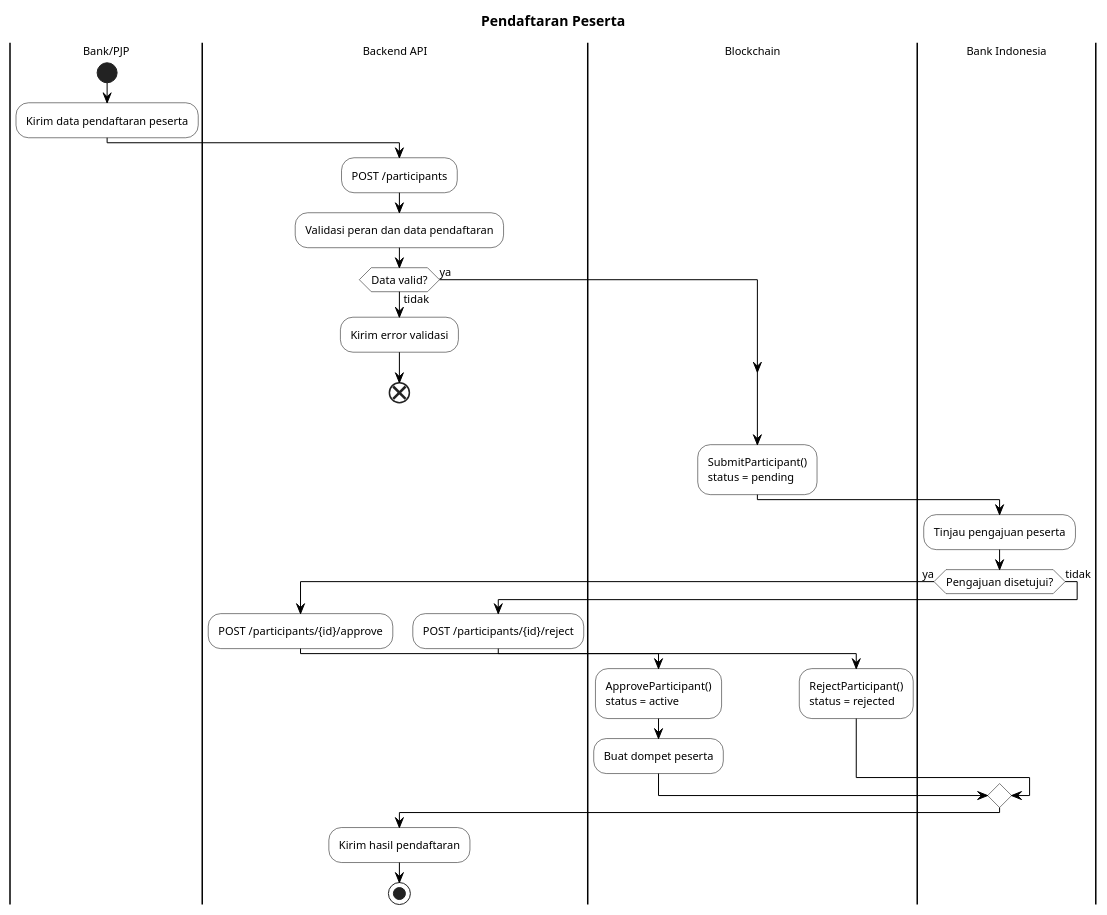
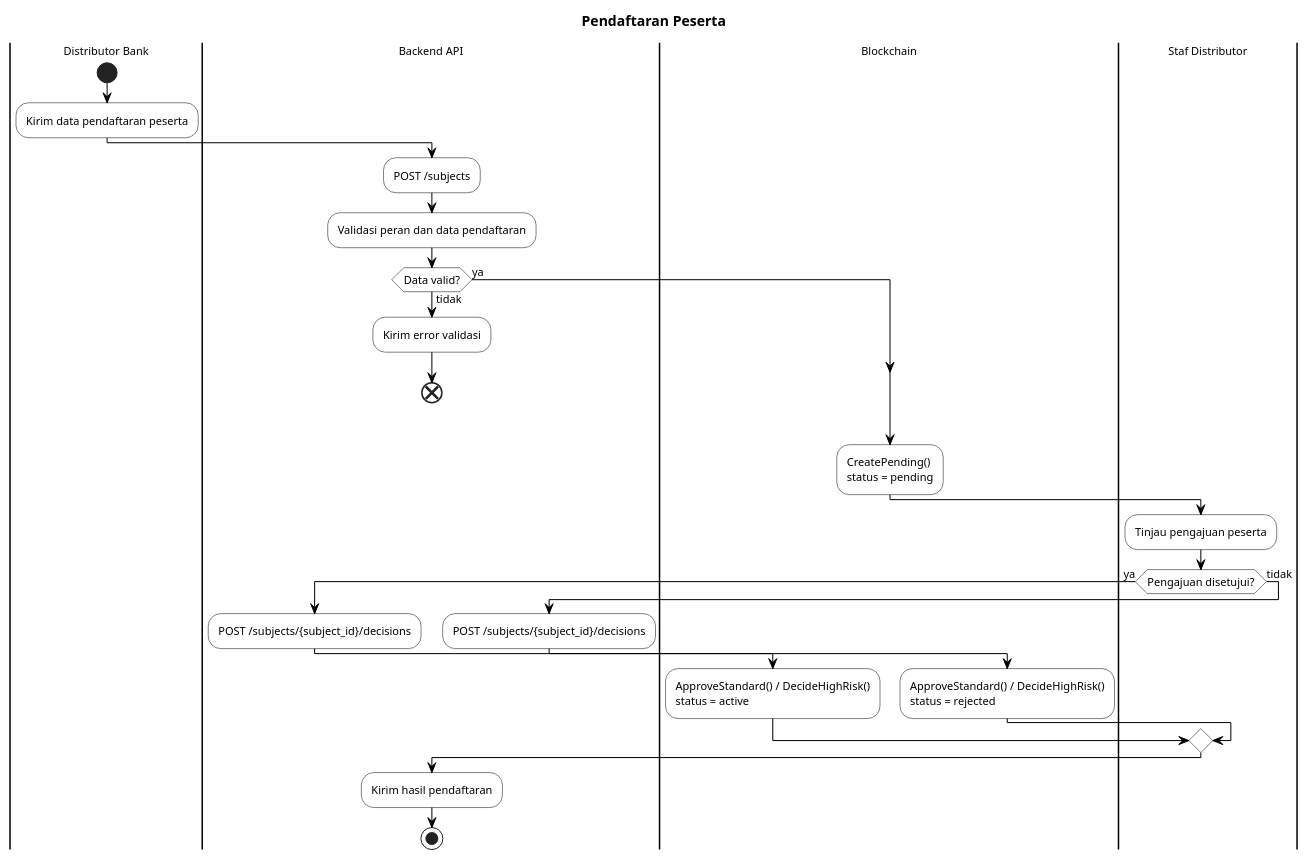
One commit to mfachrizalg/bi-coin changed the first of 7 diagrams in bi-coin-fabric/docs/diagrams/plantuml/activity-diagrams.puml. Above: the diagram before and after it, drawn with PlantUML. The commit also changed other lines of this file and 364 other files, not shown here.

```diff
--- a/bi-coin-fabric/docs/diagrams/plantuml/activity-diagrams.puml
+++ b/bi-coin-fabric/docs/diagrams/plantuml/activity-diagrams.puml
@@ -1,54 +1,53 @@
 @startuml AD01-Pendaftaran-Peserta
 skinparam monochrome true
 skinparam defaultFontSize 11
 skinparam activityFontSize 11
 skinparam activityBackgroundColor white
 skinparam activityBorderColor black
 skinparam activityDiamondBackgroundColor white
 skinparam activityDiamondBorderColor black
 skinparam arrowColor black
 skinparam noteBackgroundColor white
 skinparam noteBorderColor black
 skinparam swimlaneBorderColor black
 skinparam partitionBorderColor black
 
 title Pendaftaran Peserta
 
-|Bank/PJP|
+|Distributor Bank|
 start
 :Kirim data pendaftaran peserta;
 
 |Backend API|
-:POST /participants;
+:POST /subjects;
 :Validasi peran dan data pendaftaran;
 if (Data valid?) then (tidak)
   :Kirim error validasi;
   end
 else (ya)
 endif
 
 |Blockchain|
-:SubmitParticipant()
+:CreatePending()
 status = pending;
 
-|Bank Indonesia|
+|Staf Distributor|
 :Tinjau pengajuan peserta;
 if (Pengajuan disetujui?) then (ya)
   |Backend API|
-  :POST /participants/{id}/approve;
+  :POST /subjects/{subject_id}/decisions;
   |Blockchain|
-  :ApproveParticipant()
+  :ApproveStandard() / DecideHighRisk()
   status = active;
-  :Buat dompet peserta;
 else (tidak)
   |Backend API|
-  :POST /participants/{id}/reject;
+  :POST /subjects/{subject_id}/decisions;
   |Blockchain|
-  :RejectParticipant()
+  :ApproveStandard() / DecideHighRisk()
   status = rejected;
 endif
 
 |Backend API|
 :Kirim hasil pendaftaran;
 stop
 @enduml
```
